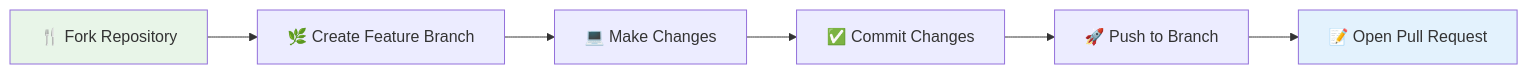
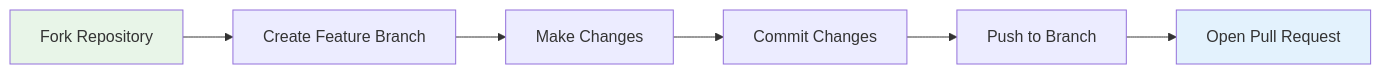
The fourth of 4 diagrams in README.md (VIKAS9793/ai-interviewer-langchain), drawn with Mermaid before and after one commit. The commit also changed other lines of this file and 1 other file, not shown here.

First line of the commit message:
docs: add MIT license and fix Mermaid diagram

````diff
--- a/README.md
+++ b/README.md
@@ -641,11 +641,11 @@
 ```mermaid
 graph LR
-    A[🍴 Fork Repository] --> B[🌿 Create Feature Branch]
-    B --> C[💻 Make Changes] 
-    C --> D[✅ Commit Changes]
-    D --> E[🚀 Push to Branch]
-    E --> F[📝 Open Pull Request]
+    A[Fork Repository] --> B[Create Feature Branch]
+    B --> C[Make Changes] 
+    C --> D[Commit Changes]
+    D --> E[Push to Branch]
+    E --> F[Open Pull Request]
     
     style A fill:#e8f5e8
     style F fill:#e3f2fd
 ```
````
